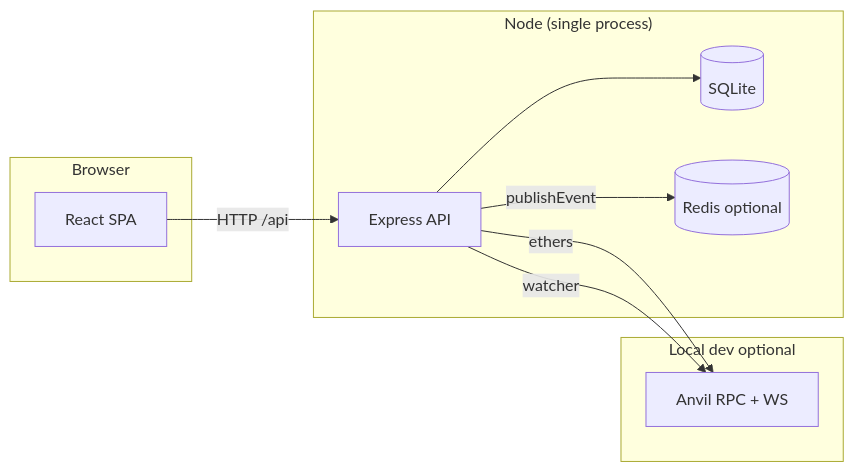
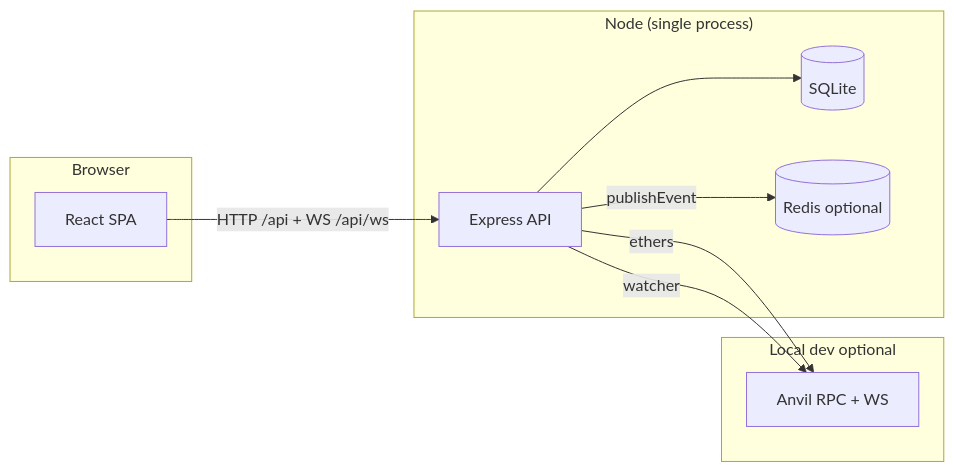
Before and after one commit to RbbSukhRkhe1/NewRepo: the third of 7 diagrams in docs/ARCHITECTURE.md, drawn with Mermaid. The commit also changed other lines of this file and 21 other files, not shown here.

````diff
--- a/docs/ARCHITECTURE.md
+++ b/docs/ARCHITECTURE.md
@@ -110,19 +112,19 @@
 ```mermaid
 flowchart LR
   subgraph Browser
     FE[React SPA]
   end
   subgraph Node["Node (single process)"]
     API[Express API]
     DB[(SQLite)]
     RED[(Redis optional)]
   end
   subgraph LocalDev["Local dev optional"]
     ANV[Anvil RPC + WS]
   end
-  FE -->|HTTP /api| API
+  FE -->|HTTP /api + WS /api/ws| API
   API --> DB
   API -->|publishEvent| RED
   API -->|ethers| ANV
   API -->|watcher| ANV
 ```
````
